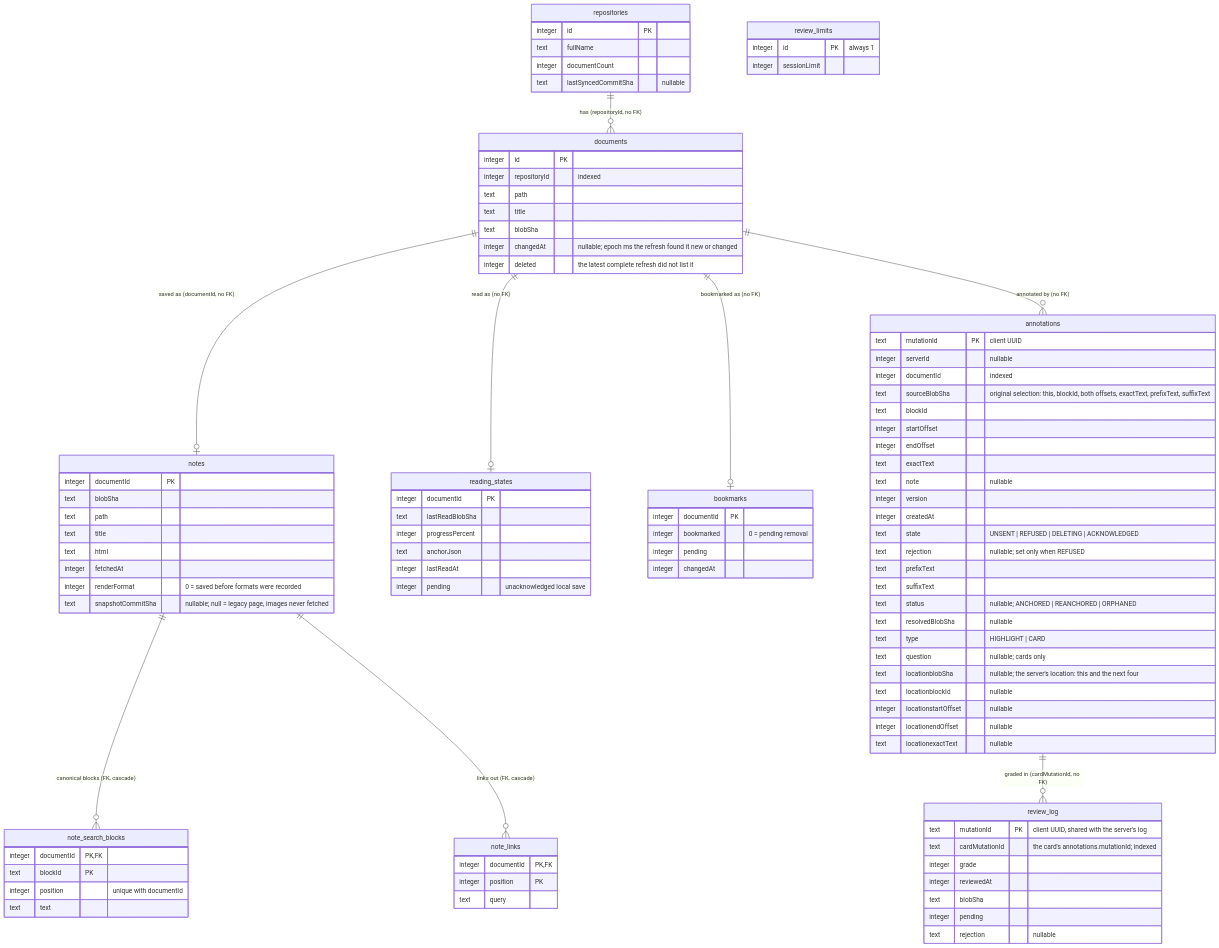
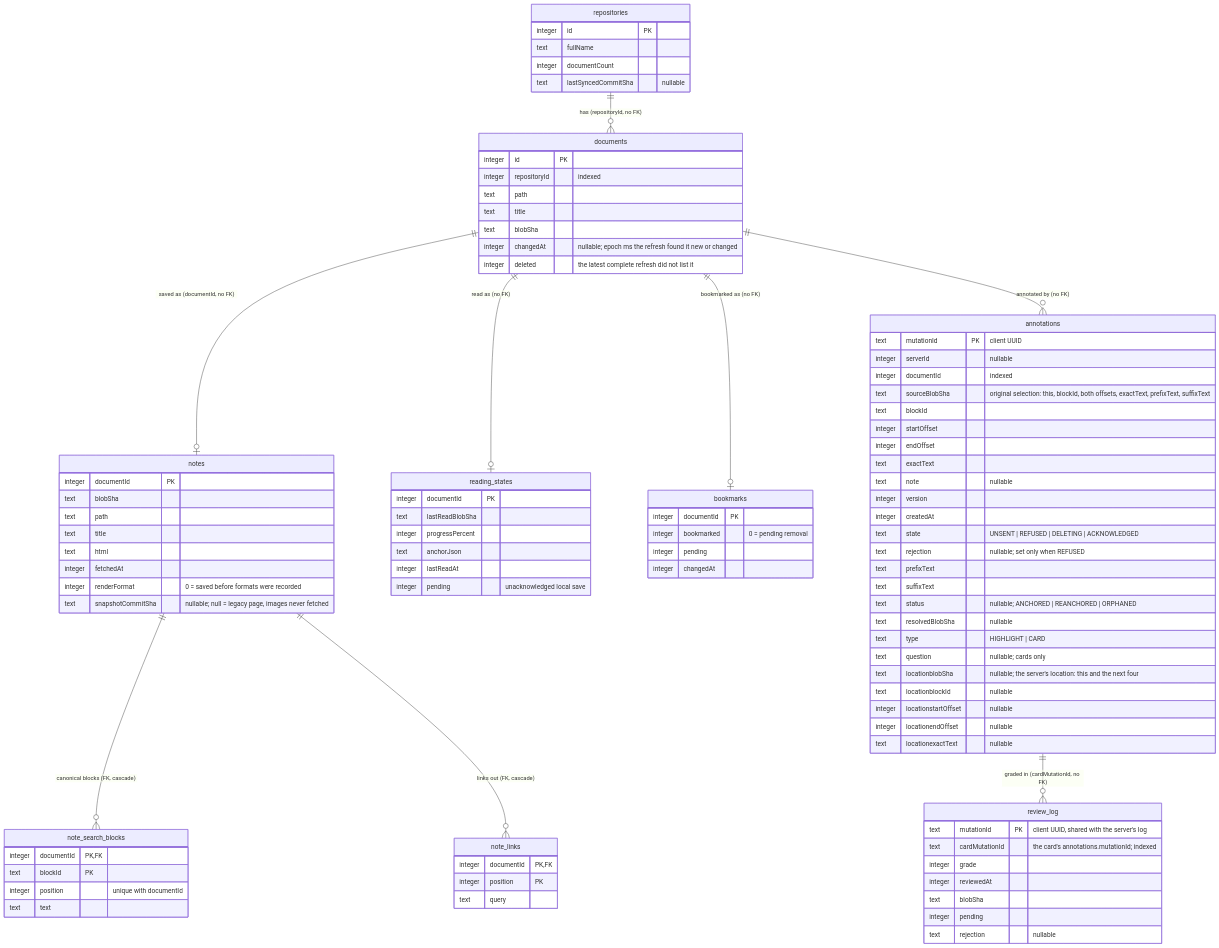
One commit to jaxwong/reporead changed the sixth of 13 diagrams in docs/architecture.md. Above: the diagram before and after it, drawn with Mermaid. The commit also changed other lines of this file and 5 other files, not shown here.

````diff
--- a/docs/architecture.md
+++ b/docs/architecture.md
@@ -516,8 +515,4 @@
         integer pending
         text rejection "nullable"
     }
-    review_limits {
-        integer id PK "always 1"
-        integer sessionLimit
-    }
 ```
````
